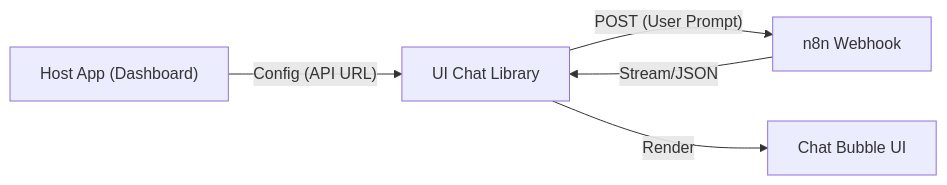
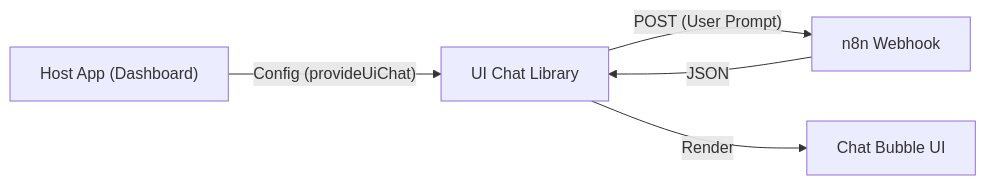
Before and after one commit to fjpimienta/n8n-enterprise-automation-suite: the diagram in hosting3m-workspace/projects/ui-chat/INFRASTRUCTURE.md, drawn with Mermaid. The commit also changed other lines of this file, not shown here.

Commit message:
docs(ui-chat): align INFRASTRUCTURE.md with AiService, provideUiChat and known deviations (#1038)

````diff
--- a/hosting3m-workspace/projects/ui-chat/INFRASTRUCTURE.md
+++ b/hosting3m-workspace/projects/ui-chat/INFRASTRUCTURE.md
@@ -15,8 +15,8 @@
 ```mermaid
 graph LR
-    Host["Host App (Dashboard)"] -->|"Config (API URL)"| Lib["UI Chat Library"]
+    Host["Host App (Dashboard)"] -->|"Config (provideUiChat)"| Lib["UI Chat Library"]
     Lib -->|"POST (User Prompt)"| N8N["n8n Webhook"]
-    N8N -->|"Stream/JSON"| Lib
+    N8N -->|"JSON"| Lib
     Lib -->|"Render"| UI["Chat Bubble UI"]
 
 ```
````
